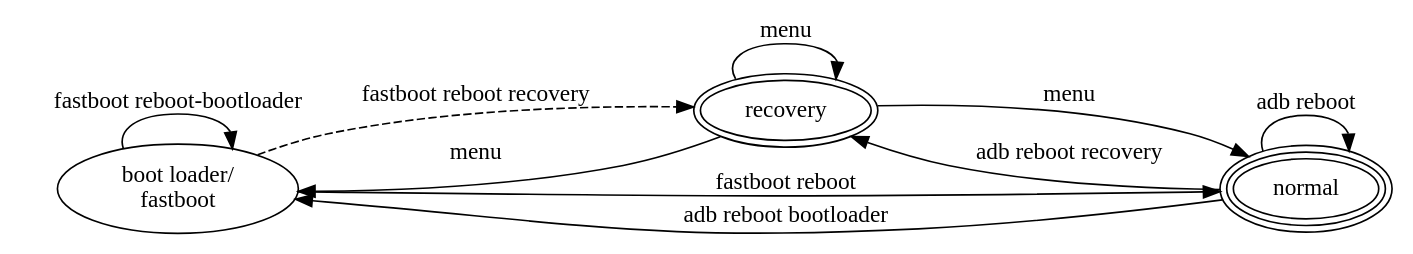
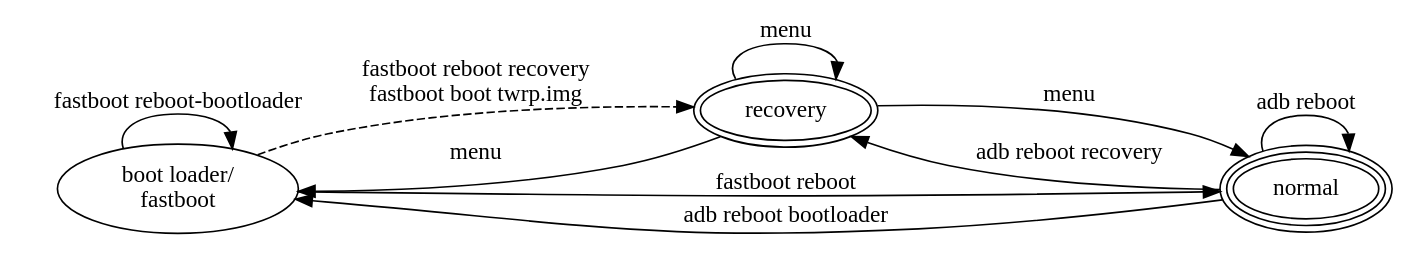
The diagram in a/m/20/andmodes.dot (ckhung/ckhung.github.io), drawn with Graphviz before and after one commit. The commit also changed 1 other file, not shown here.

Commit message:
andmodes.dot: fastboot boot twrp.img

```diff
--- a/a/m/20/andmodes.dot
+++ b/a/m/20/andmodes.dot
@@ -1,26 +1,26 @@
 // dot -Tsvg boot.dot > boot.svg
 digraph "android modes" {
 
     rankdir = LR;
     overlap = scale;
 
     blfb [ label="boot loader/\nfastboot" ];
     recovery [ label="recovery"; peripheries="2" ];
     normal [ label="normal"; peripheries="3" ];
     blfb -> blfb [ label="fastboot reboot-bootloader" ];
-    blfb -> recovery [ style=dashed; label="fastboot reboot recovery" ];
+    blfb -> recovery [ style=dashed; label="fastboot reboot recovery\nfastboot boot twrp.img" ];
     blfb -> normal [ label="fastboot reboot" ];
     recovery -> { normal recovery blfb } [ label="menu" ];
     normal -> blfb [ label="adb reboot bootloader" ];
     normal -> recovery [ label="adb reboot recovery" ];
     normal -> normal [ label="adb reboot" ];
 
 /*
     blfb2 [ label="boot loader/\nfastboot" ];
     recovery2 [ label="recovery"; peripheries="2" ];
     normal2 [ label="normal"; peripheries="3" ];
     blfb2 -> blfb2 [ color="red"; fontcolor="red"; label="fastboot flash boot ...\nSuper Dangerous!!!" ];
     blfb2 -> recovery2 [ color="red"; label="fastboot flash recovery ..." ];
     blfb2 -> normal2 [ color="red"; label="fastboot flash system ..." ];
 */
 }
```
